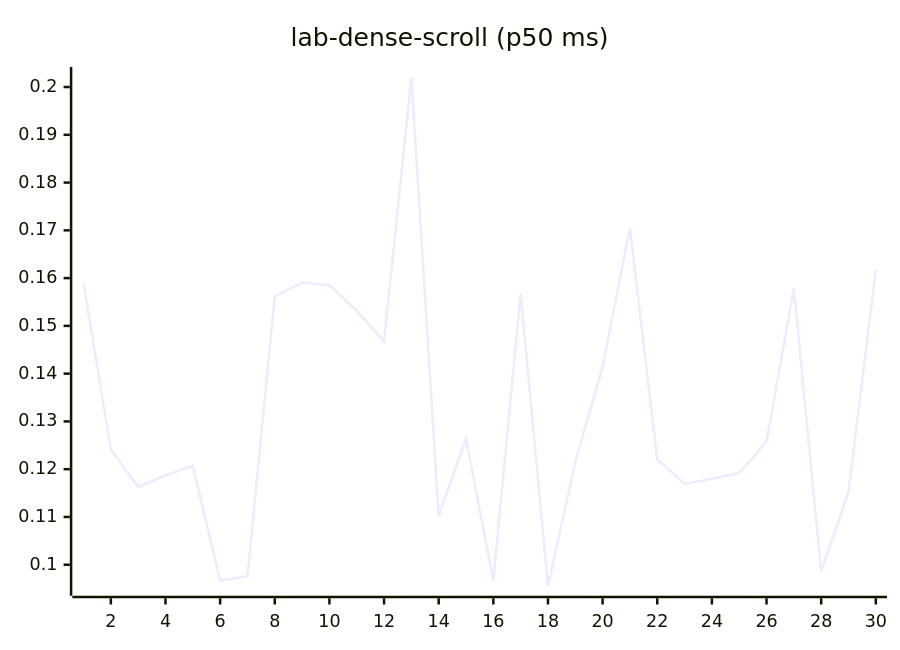
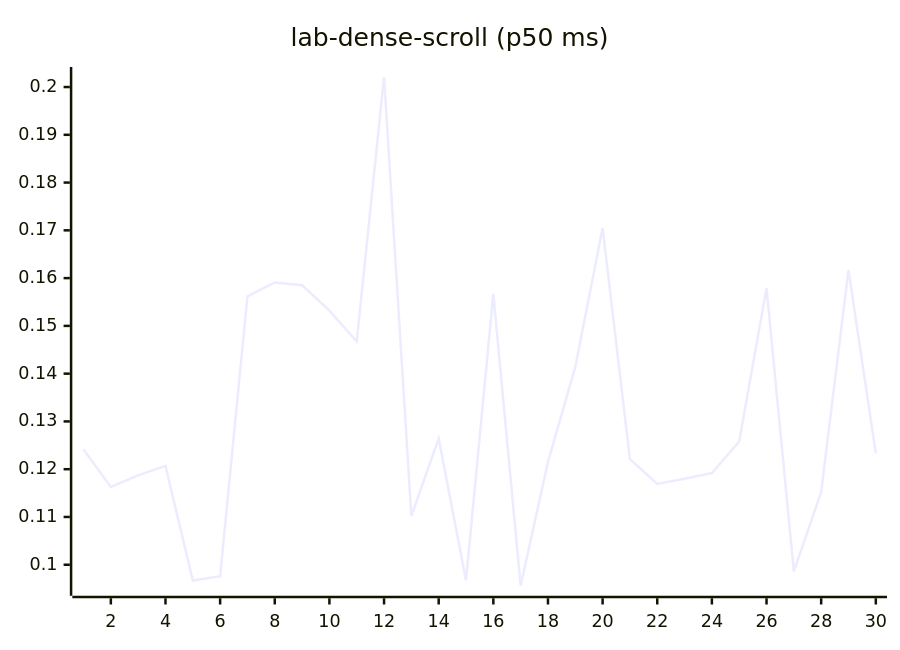
Before and after one commit to josha/Facet: diagram 12 of 27 in README.md, drawn with Mermaid. The commit also changed other lines of this file and 2 other files, not shown here.

````diff
--- a/README.md
+++ b/README.md
@@ -140,6 +140,6 @@
 ```mermaid
 xychart-beta
     title "lab-dense-scroll (p50 ms)"
     x-axis 1 --> 30
-    line [0.1590, 0.1241, 0.1163, 0.1187, 0.1207, 0.0967, 0.0976, 0.1562, 0.1591, 0.1585, 0.1532, 0.1467, 0.2021, 0.1102, 0.1264, 0.0967, 0.1567, 0.0956, 0.1215, 0.1414, 0.1705, 0.1221, 0.1169, 0.1180, 0.1192, 0.1258, 0.1579, 0.0986, 0.1152, 0.1617]
+    line [0.1241, 0.1163, 0.1187, 0.1207, 0.0967, 0.0976, 0.1562, 0.1591, 0.1585, 0.1532, 0.1467, 0.2021, 0.1102, 0.1264, 0.0967, 0.1567, 0.0956, 0.1215, 0.1414, 0.1705, 0.1221, 0.1169, 0.1180, 0.1192, 0.1258, 0.1579, 0.0986, 0.1152, 0.1617, 0.1233]
 ```
````
